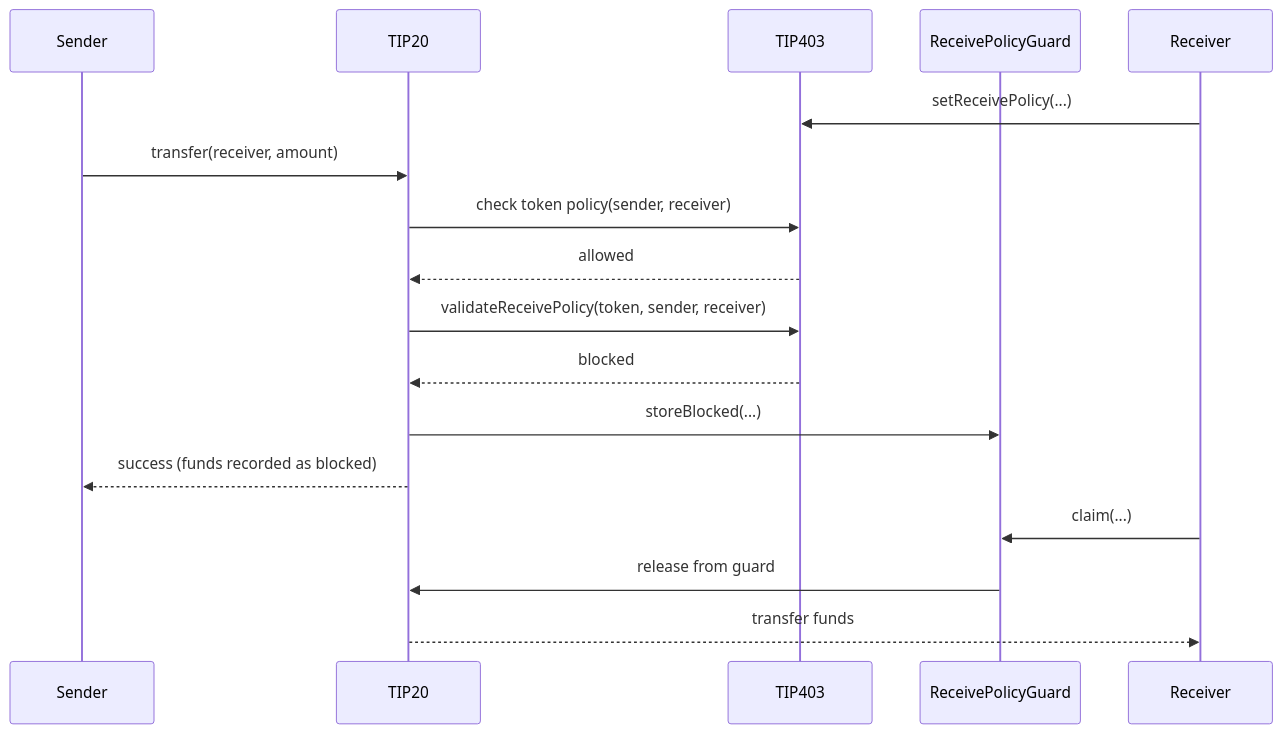
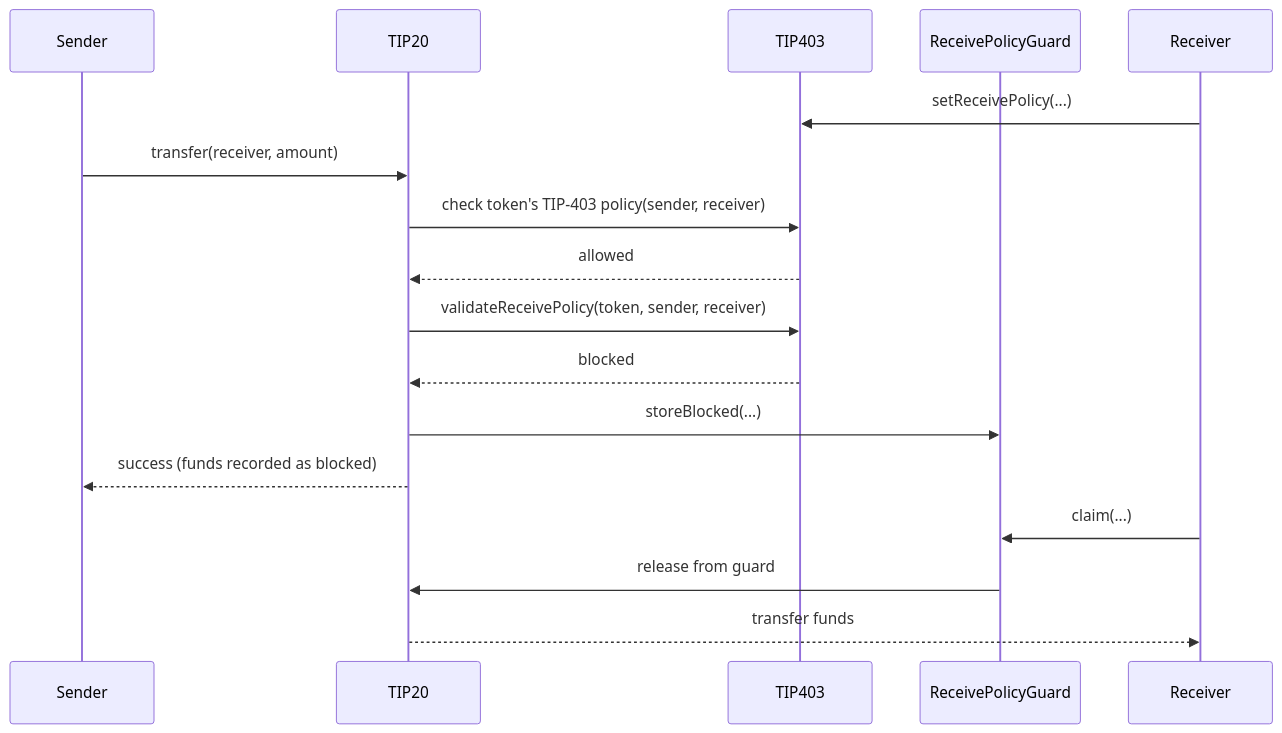
One commit to tempoxyz/tempo changed the first of 2 diagrams in tips/tip-1028.md. Above: the diagram before and after it, drawn with Mermaid. The commit also changed other lines of this file, not shown here.

Commit message:
docs(tip-1028): use TIP-403 policy terminology

````diff
--- a/tips/tip-1028.md
+++ b/tips/tip-1028.md
@@ -54,21 +54,21 @@
 ```mermaid
 sequenceDiagram
     participant Sender
     participant TIP20
     participant TIP403
     participant ReceivePolicyGuard
     participant Receiver
 
     Receiver->>TIP403: setReceivePolicy(...)
     Sender->>TIP20: transfer(receiver, amount)
-    TIP20->>TIP403: check token policy(sender, receiver)
+    TIP20->>TIP403: check token's TIP-403 policy(sender, receiver)
     TIP403-->>TIP20: allowed
     TIP20->>TIP403: validateReceivePolicy(token, sender, receiver)
     TIP403-->>TIP20: blocked
     TIP20->>ReceivePolicyGuard: storeBlocked(...)
     TIP20-->>Sender: success (funds recorded as blocked)
 
     Receiver->>ReceivePolicyGuard: claim(...)
     ReceivePolicyGuard->>TIP20: release from guard
     TIP20-->>Receiver: transfer funds
 ```
````
